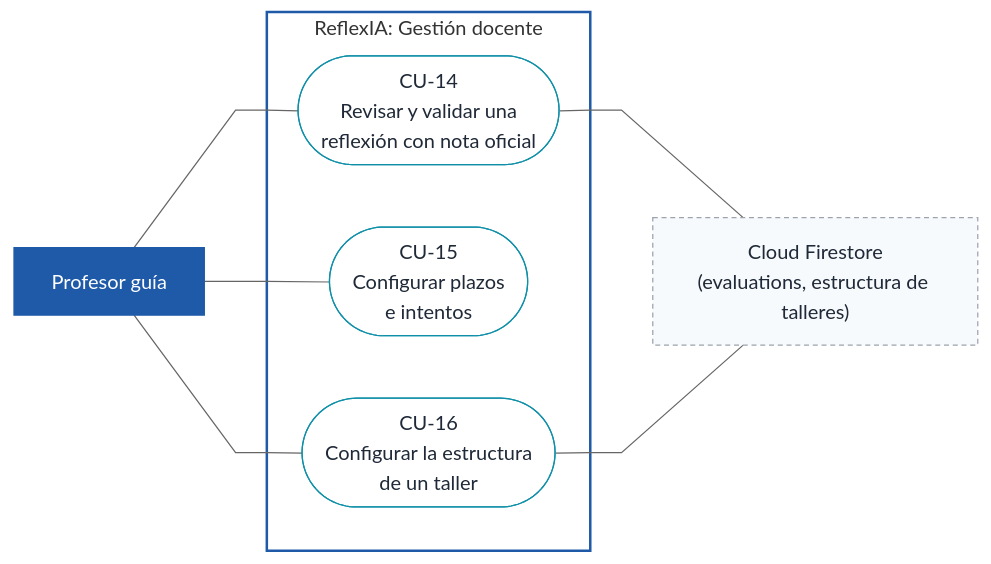
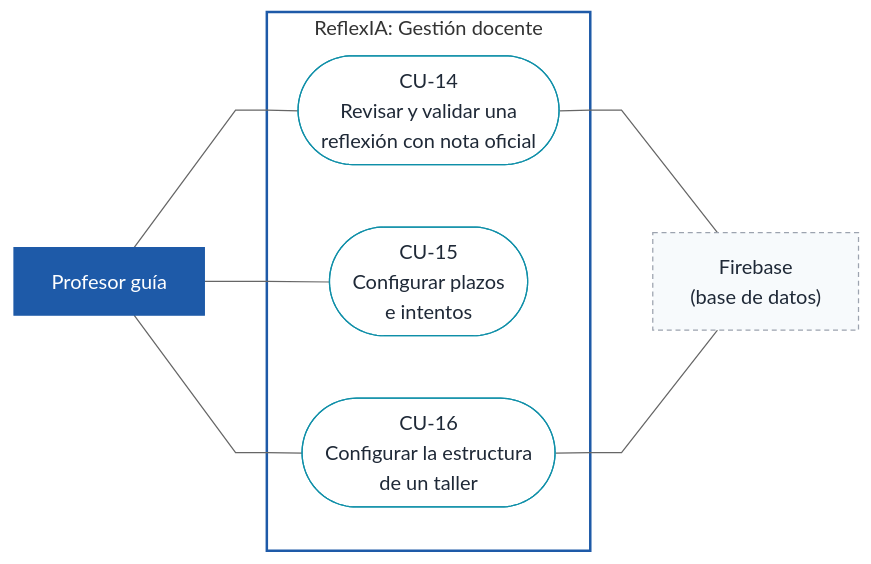
One commit to gvbr-iel/reflexIA changed the sixth of 7 diagrams in docs/especificacion/09-diagramas-casos-de-uso.md. Above: the diagram before and after it, drawn with Mermaid. The commit also changed other lines of this file and 21 other files, not shown here.

````diff
--- a/docs/especificacion/09-diagramas-casos-de-uso.md
+++ b/docs/especificacion/09-diagramas-casos-de-uso.md
@@ -219,23 +222,23 @@
 ```mermaid
 %%{init: {"theme":"neutral","flowchart":{"curve":"linear"}}}%%
 flowchart LR
   doc["Profesor guía"]:::actor
-  fs["Cloud Firestore<br/>(evaluations, estructura de talleres)"]:::ext
+  fs["Firebase<br/>(base de datos)"]:::ext
 
   subgraph SIS["ReflexIA: Gestión docente"]
     CU14(["CU-14<br/>Revisar y validar una<br/>reflexión con nota oficial"]):::uc
     CU15(["CU-15<br/>Configurar plazos<br/>e intentos"]):::uc
     CU16(["CU-16<br/>Configurar la estructura<br/>de un taller"]):::uc
   end
 
   doc --- CU14
   doc --- CU15
   doc --- CU16
   CU14 --- fs
   CU16 --- fs
 
   style SIS fill:none,stroke:#1E5AA8,stroke-width:2px
   classDef actor fill:#1E5AA8,stroke:#1E5AA8,color:#ffffff;
   classDef ext fill:#F7FAFC,stroke:#9CA3AF,color:#1F2937,stroke-dasharray:4 3;
   classDef uc fill:#ffffff,stroke:#0F8FA8,color:#1F2937;
 ```
````
